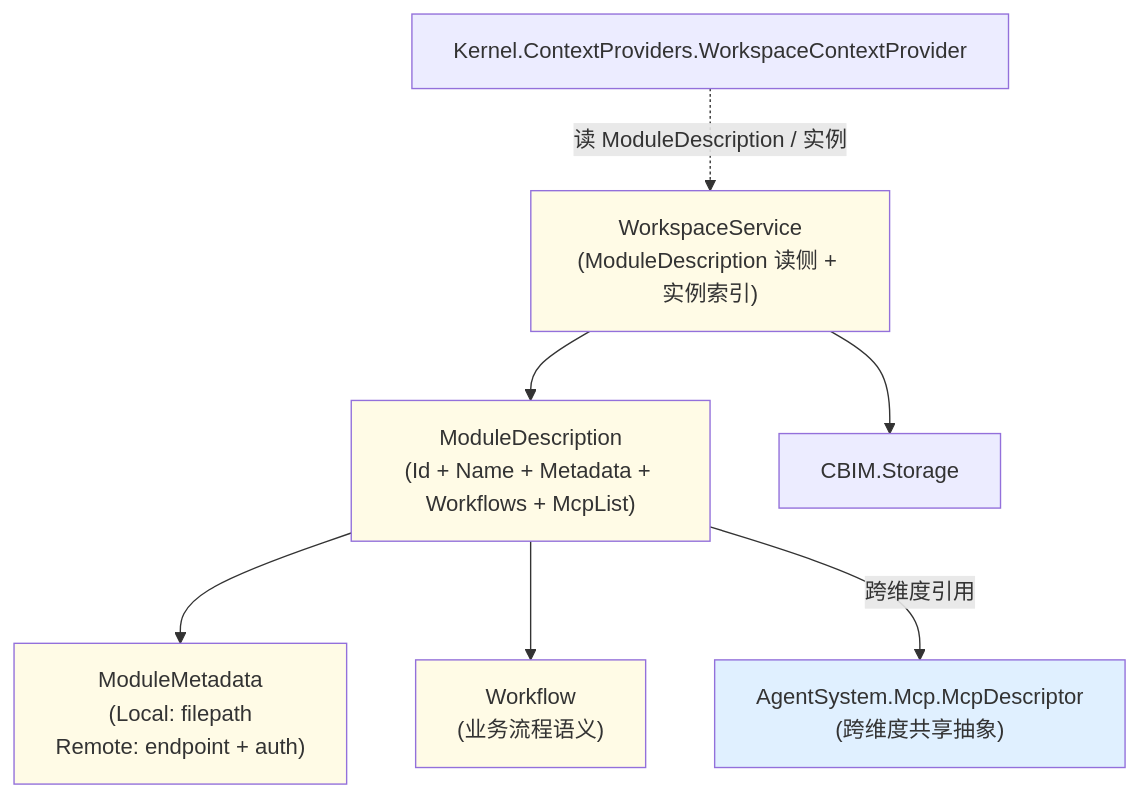
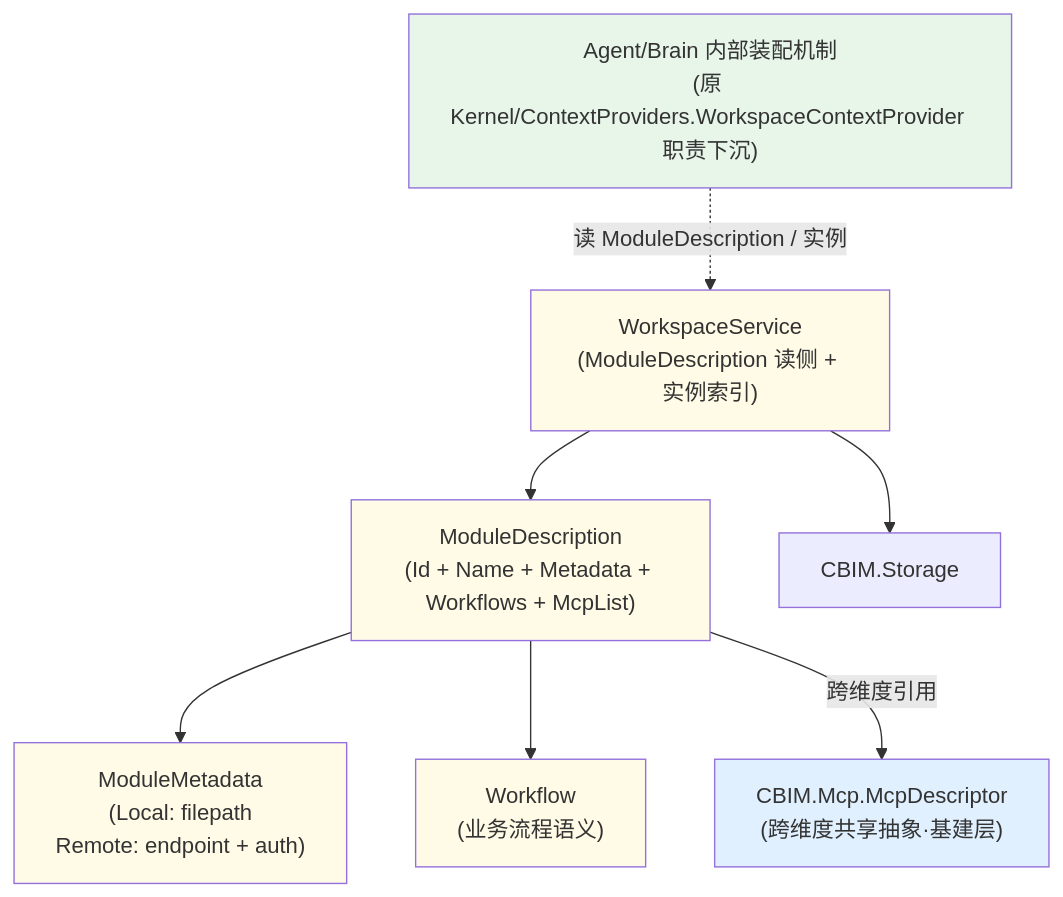
One commit to nan023062/agent-team-cc changed the diagram in v2/cbim/Assets/CBIM/Workspace/.dna/module.md. Above: the diagram before and after it, drawn with Mermaid. The commit also changed other lines of this file and 41 other files, not shown here.

````diff
--- a/v2/cbim/Assets/CBIM/Workspace/.dna/module.md
+++ b/v2/cbim/Assets/CBIM/Workspace/.dna/module.md
@@ -237,22 +215,24 @@
 ```mermaid
 flowchart TD
     WS["WorkspaceService\n(ModuleDescription 读侧 + 实例索引)"]
     MD["ModuleDescription\n(Id + Name + Metadata + Workflows + McpList)"]
     DNA["ModuleMetadata\n(Local: filepath\nRemote: endpoint + auth)"]
     WF["Workflow\n(业务流程语义)"]
-    MCP["AgentSystem.Mcp.McpDescriptor\n(跨维度共享抽象)"]
+    MCP["CBIM.Mcp.McpDescriptor\n(跨维度共享抽象·基建层)"]
     Storage["CBIM.Storage"]
-    WCP["Kernel.ContextProviders.WorkspaceContextProvider"]
+    Brain["Agent/Brain 内部装配机制\n(原 Kernel/ContextProviders.WorkspaceContextProvider 职责下沉)"]
 
     WS --> MD
     MD --> DNA
     MD --> WF
     MD -- 跨维度引用 --> MCP
     WS --> Storage
-    WCP -. 读 ModuleDescription / 实例 .-> WS
+    Brain -. 读 ModuleDescription / 实例 .-> WS
 
     classDef self fill:#fffbe6;
     classDef cross fill:#e0f0ff;
+    classDef external fill:#e8f5e9;
     class WS,MD,DNA,WF self;
     class MCP cross;
+    class Brain external;
 ```
````
